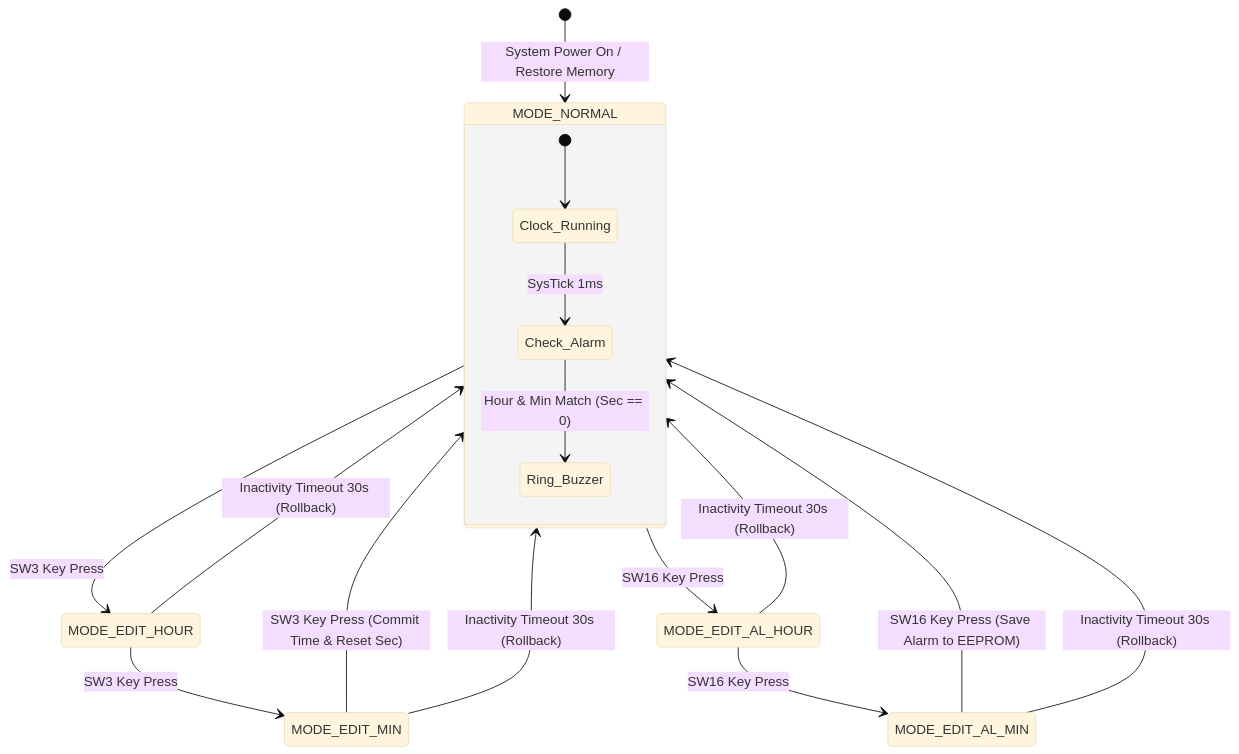
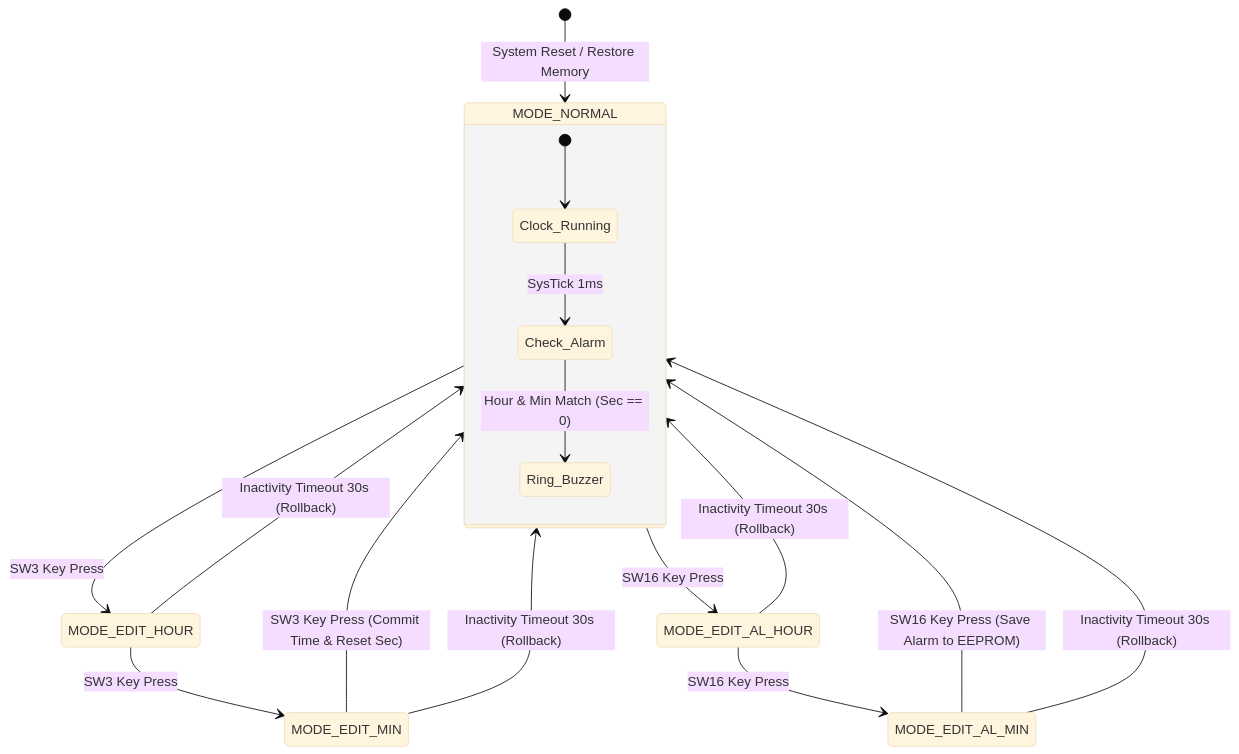
One commit to zok213/porygon changed the second of 5 diagrams in README.md. Above: the diagram before and after it, drawn with Mermaid (base theme). The commit also changed other lines of this file and 1 other file, not shown here.

Commit message:
docs: Update READMEs with complete contest specifications, scoring matrix, and fixed Mermaid rendering syntax

````diff
--- a/README.md
+++ b/README.md
@@ -135,23 +116,23 @@
 ```mermaid
 stateDiagram-v2
-    [*] --> MODE_NORMAL : System Power On / Restore Memory
+    [*] --> MODE_NORMAL : System Reset / Restore Memory
     
     state MODE_NORMAL {
         [*] --> Clock_Running
         Clock_Running --> Check_Alarm : SysTick 1ms
         Check_Alarm --> Ring_Buzzer : Hour & Min Match (Sec == 0)
     }
 
     MODE_NORMAL --> MODE_EDIT_HOUR : SW3 Key Press
     MODE_EDIT_HOUR --> MODE_EDIT_MIN : SW3 Key Press
     MODE_EDIT_MIN --> MODE_NORMAL : SW3 Key Press (Commit Time & Reset Sec)
 
     MODE_NORMAL --> MODE_EDIT_AL_HOUR : SW16 Key Press
     MODE_EDIT_AL_HOUR --> MODE_EDIT_AL_MIN : SW16 Key Press
     MODE_EDIT_AL_MIN --> MODE_NORMAL : SW16 Key Press (Save Alarm to EEPROM)
 
     MODE_EDIT_HOUR --> MODE_NORMAL : Inactivity Timeout 30s (Rollback)
     MODE_EDIT_MIN --> MODE_NORMAL : Inactivity Timeout 30s (Rollback)
     MODE_EDIT_AL_HOUR --> MODE_NORMAL : Inactivity Timeout 30s (Rollback)
     MODE_EDIT_AL_MIN --> MODE_NORMAL : Inactivity Timeout 30s (Rollback)
 ```
````
